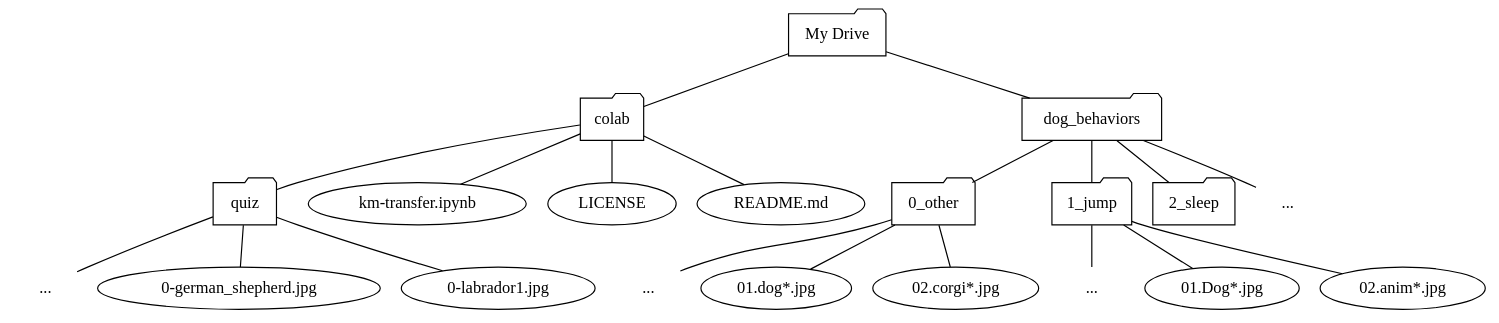
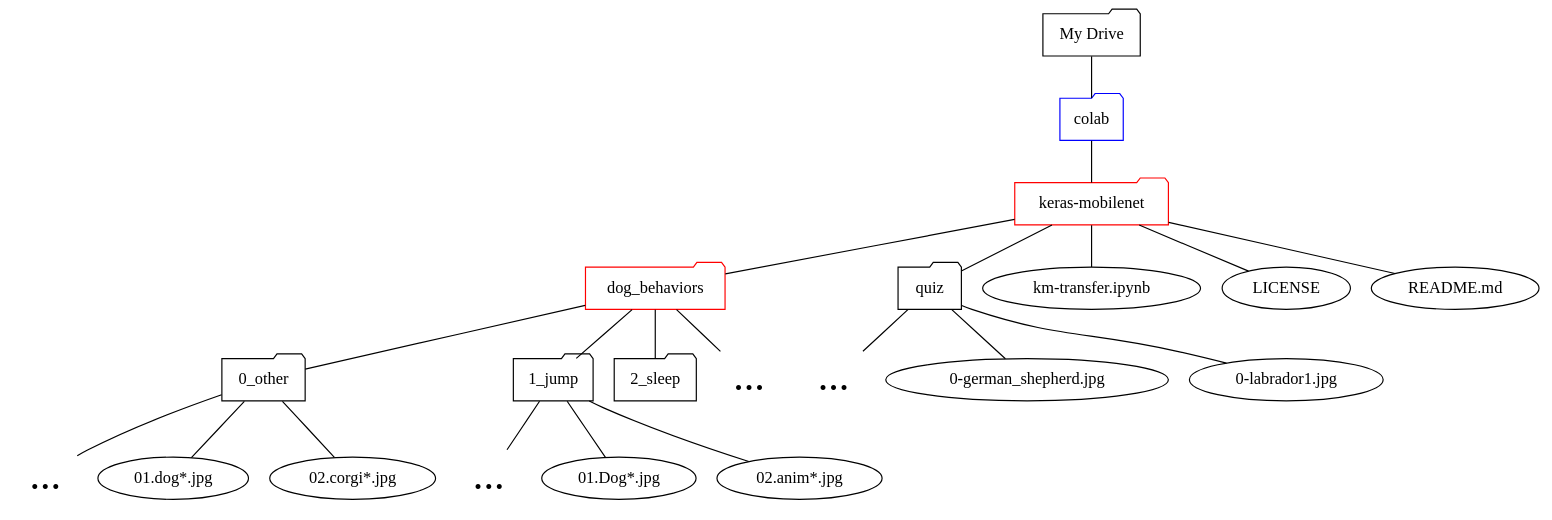
Before and after one commit to ckhung/ckhung.github.io: the diagram in a/m/19/colab/dog_dirtree.dot, drawn with Graphviz. The commit also changed 1 other file, not shown here.

Commit message:
change dir structure in dog_dirtree.*

```diff
--- a/a/m/19/colab/dog_dirtree.dot
+++ b/a/m/19/colab/dog_dirtree.dot
@@ -1,19 +1,14 @@
 graph {
     "My Drive" [ shape=folder ];
-    "colab" [ shape=folder ];
-    "dog_behaviors" [ shape=folder ];
-    "quiz" [ shape=folder ];
-    "0_other" [ shape=folder ];
-    "1_jump" [ shape=folder ];
-    "2_sleep" [ shape=folder ];
-    "...f1" [ shape=plaintext label="..."];
-    "...1" [ shape=plaintext label="..." ];
-    "...2" [ shape=plaintext label="..." ];
-    "...3" [ shape=plaintext label="..." ];
-    "My Drive" -- { "colab" "dog_behaviors"};
-    "colab" -- { "km-transfer.ipynb"  "LICENSE"  "quiz"  "README.md" };
+    "colab" [ shape=folder; color="blue" ];
+    "keras-mobilenet", "dog_behaviors" [ shape=folder; color="red" ];
+    "quiz", "0_other", "1_jump", "2_sleep" [ shape=folder ];
+    "...f1", "...1", "...2", "...3" [ shape=plaintext; label="..."; fontsize=36 ];
+    "My Drive" -- "colab";
+    "colab" -- "keras-mobilenet";
+    "keras-mobilenet" -- { "km-transfer.ipynb"  "LICENSE"  "quiz"  "README.md" "dog_behaviors" };
     "quiz" -- { "0-german_shepherd.jpg" "0-labrador1.jpg" "...1" };
     "dog_behaviors" -- { "0_other"  "1_jump"  "2_sleep" "...f1" };
     "0_other" -- { "01.dog*.jpg" "02.corgi*.jpg" "...2" };
     "1_jump" -- { "01.Dog*.jpg" "02.anim*.jpg" "...3" };
 }
```
